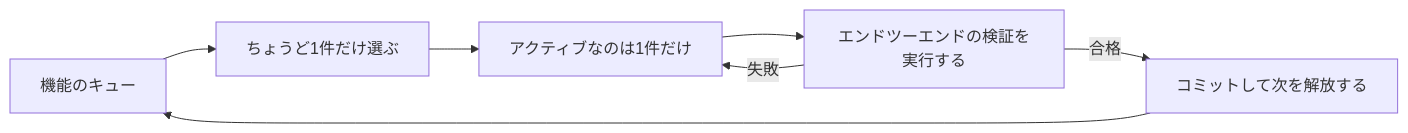
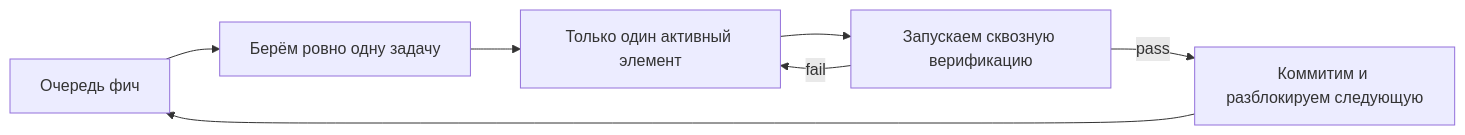
The first of 2 diagrams in docs/ru/lectures/lecture-07-why-agents-overreach-and-under-finish/index.md (mkusaka/learn-harness-engineering), drawn with Mermaid before and after one commit. The commit also changed other lines of this file and 684 other files, not shown here.

````diff
--- a/docs/ru/lectures/lecture-07-why-agents-overreach-and-under-finish/index.md
+++ b/docs/ru/lectures/lecture-07-why-agents-overreach-and-under-finish/index.md
@@ -33,9 +33,9 @@
 ```mermaid
 flowchart LR
-    Queue["機能のキュー"] --> Pick["ちょうど1件だけ選ぶ"]
-    Pick --> Active["アクティブなのは1件だけ"]
-    Active --> Verify["エンドツーエンドの検証を実行する"]
-    Verify -->|合格| Commit["コミットして次を解放する"]
-    Verify -->|失敗| Active
+    Queue["Очередь фич"] --> Pick["Берём ровно одну задачу"]
+    Pick --> Active["Только один активный элемент"]
+    Active --> Verify["Запускаем сквозную верификацию"]
+    Verify -->|pass| Commit["Коммитим и разблокируем следующую"]
+    Verify -->|fail| Active
     Commit --> Queue
 ```
````
